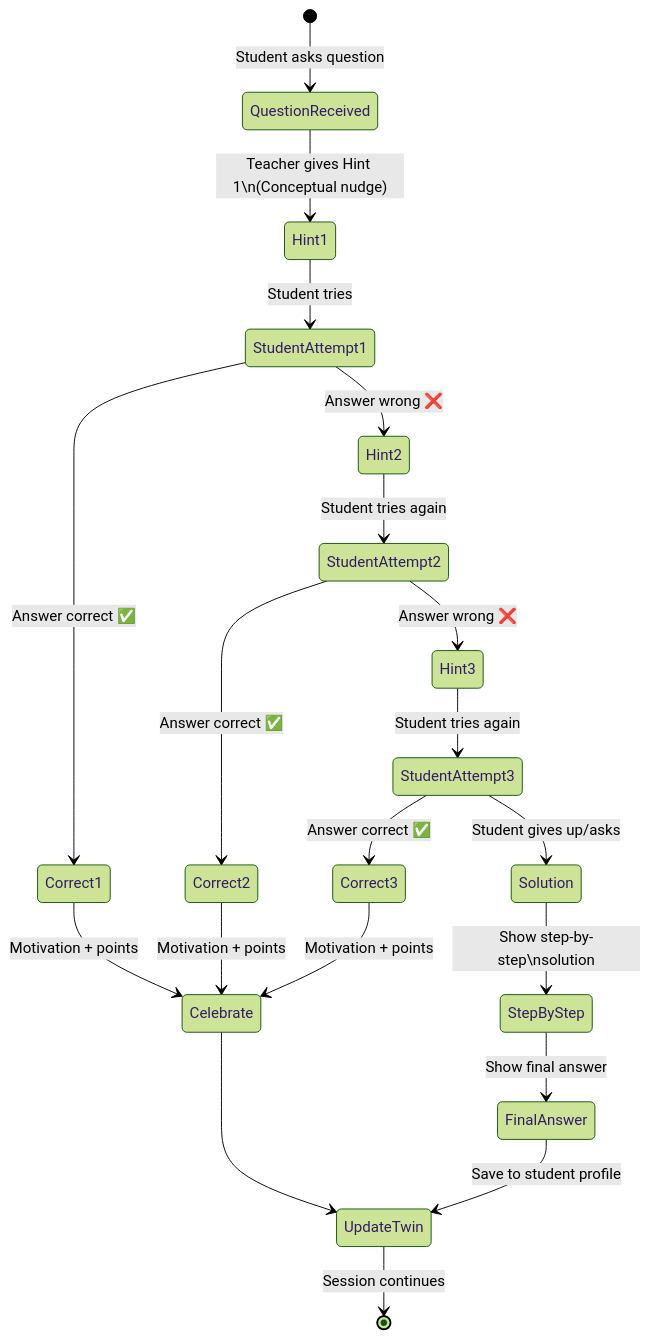
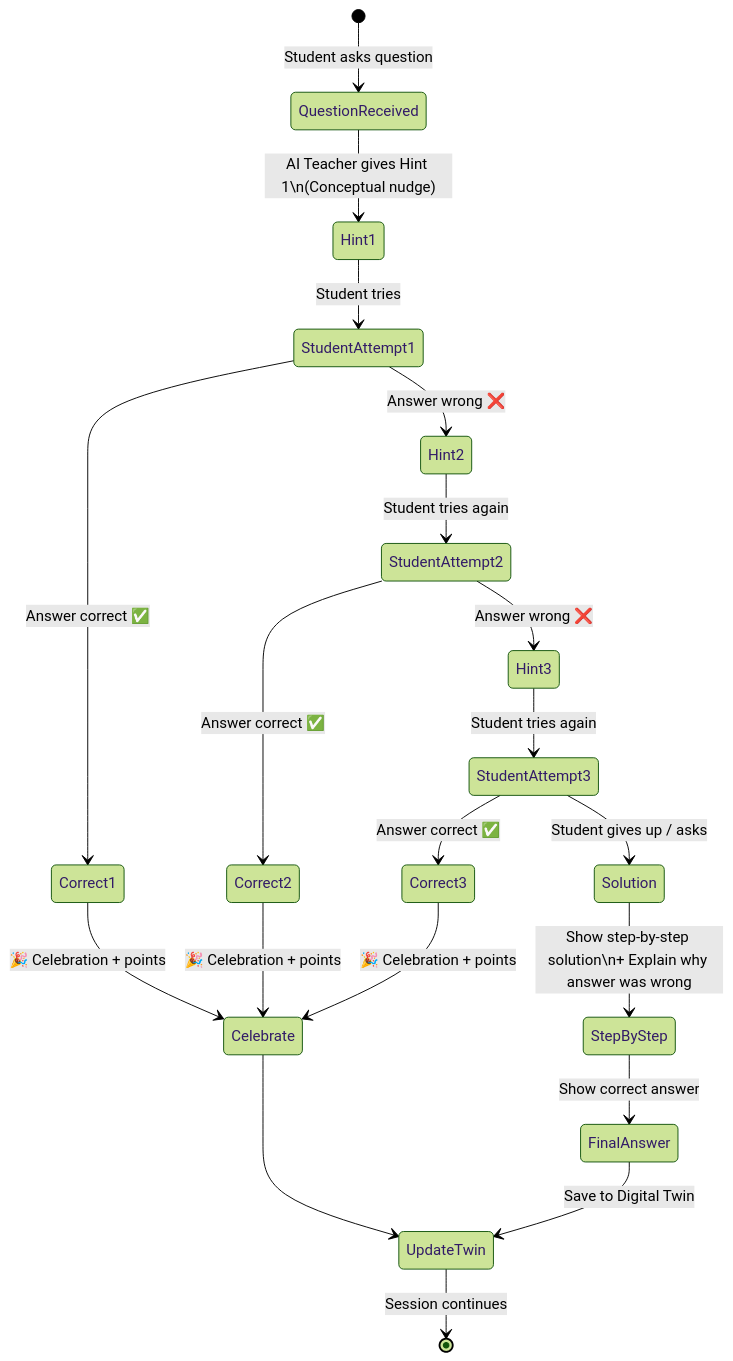
Before and after one commit to rajibmahata/Math-tutor-AI-Agent: the ninth of 9 diagrams in docs/diagrams/architecture-diagrams.md, drawn with Mermaid (forest theme). The commit also changed other lines of this file, not shown here.

First line of the commit message:
docs: v2.0 architecture diagrams — 9 Mermaid diagrams for multi-role platform

````diff
--- a/docs/diagrams/architecture-diagrams.md
+++ b/docs/diagrams/architecture-diagrams.md
@@ -422,28 +401,28 @@
 ```mermaid
 stateDiagram-v2
     [*] --> QuestionReceived: Student asks question
 
-    QuestionReceived --> Hint1: Teacher gives Hint 1\n(Conceptual nudge)
+    QuestionReceived --> Hint1: AI Teacher gives Hint 1\n(Conceptual nudge)
     Hint1 --> StudentAttempt1: Student tries
     StudentAttempt1 --> Correct1: Answer correct ✅
     StudentAttempt1 --> Hint2: Answer wrong ❌
 
     Hint2 --> StudentAttempt2: Student tries again
     StudentAttempt2 --> Correct2: Answer correct ✅
     StudentAttempt2 --> Hint3: Answer wrong ❌
 
     Hint3 --> StudentAttempt3: Student tries again
     StudentAttempt3 --> Correct3: Answer correct ✅
-    StudentAttempt3 --> Solution: Student gives up/asks
+    StudentAttempt3 --> Solution: Student gives up / asks
 
-    Solution --> StepByStep: Show step-by-step\nsolution
-    StepByStep --> FinalAnswer: Show final answer
+    Solution --> StepByStep: Show step-by-step solution\n+ Explain why answer was wrong
+    StepByStep --> FinalAnswer: Show correct answer
 
-    Correct1 --> Celebrate: Motivation + points
-    Correct2 --> Celebrate: Motivation + points
-    Correct3 --> Celebrate: Motivation + points
-    FinalAnswer --> UpdateTwin: Save to student profile
+    Correct1 --> Celebrate: 🎉 Celebration + points
+    Correct2 --> Celebrate: 🎉 Celebration + points
+    Correct3 --> Celebrate: 🎉 Celebration + points
+    FinalAnswer --> UpdateTwin: Save to Digital Twin
 
     Celebrate --> UpdateTwin
     UpdateTwin --> [*]: Session continues
 ```
````
